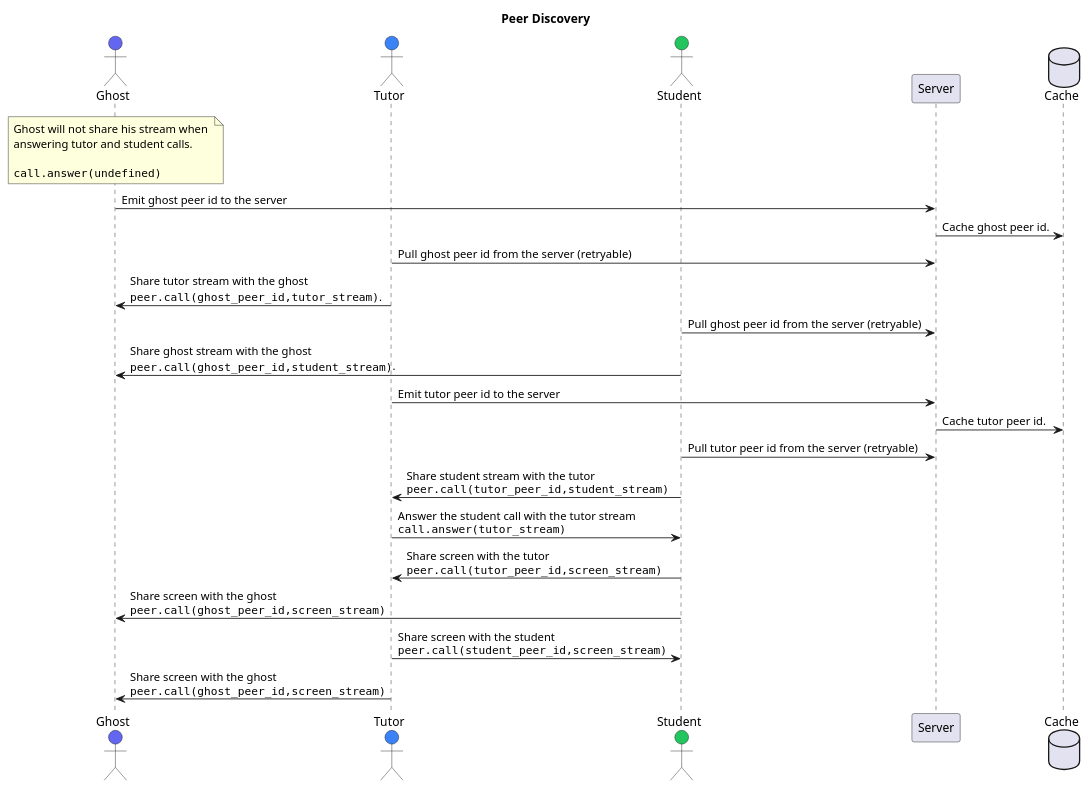
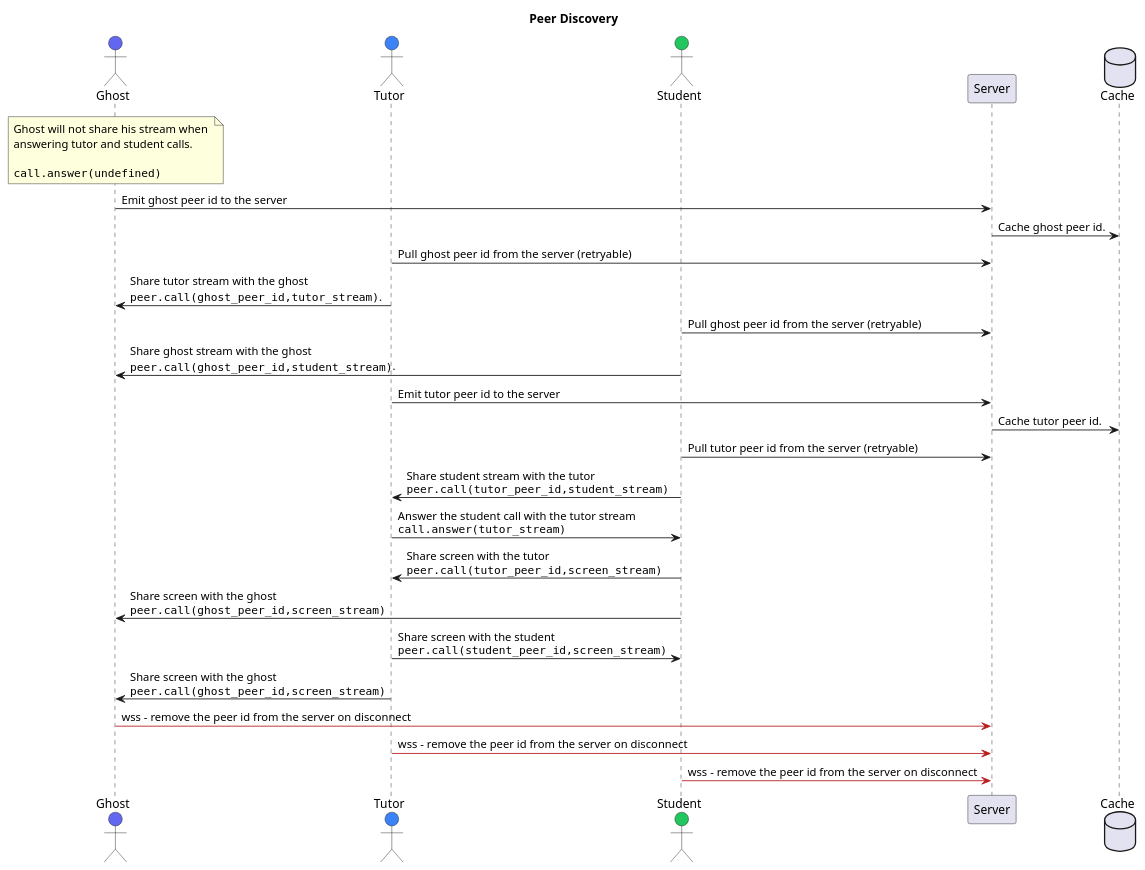
One commit to litespace-org/litespace changed the diagram in architecture/peer-discovery.plantuml. Above: the diagram before and after it, drawn with PlantUML. The commit also changed 4 other files, not shown here.

Commit message:
feat(ui): handle calls between peers (tutor, student, ghost)

```diff
--- a/architecture/peer-discovery.plantuml
+++ b/architecture/peer-discovery.plantuml
@@ -1,41 +1,46 @@
 @startuml Peer Discovery
 
 title Peer Discovery
 
 actor Ghost as ghost #6366f1
 actor Tutor as tutor #3b82f6
 actor Student as student #22c55e
 participant Server as server
 database Cache as cache 
 
 note over ghost
 Ghost will not share his stream when 
 answering tutor and student calls.
 
 <code>
 call.answer(undefined)
 </code>
 end note
 
 ghost -> server: Emit ghost peer id to the server
 server -> cache: Cache ghost peer id.
 
 tutor -> server: Pull ghost peer id from the server (retryable)
 tutor -> ghost: Share tutor stream with the ghost\n""peer.call(ghost_peer_id,tutor_stream)"".
 
 student -> server: Pull ghost peer id from the server (retryable)
 student -> ghost: Share ghost stream with the ghost\n""peer.call(ghost_peer_id,student_stream)"".
 
 tutor -> server: Emit tutor peer id to the server
 server -> cache: Cache tutor peer id.
 
 student -> server: Pull tutor peer id from the server (retryable)
 student -> tutor: Share student stream with the tutor\n""peer.call(tutor_peer_id,student_stream)""
 tutor -> student: Answer the student call with the tutor stream\n""call.answer(tutor_stream)""
 
 student -> tutor: Share screen with the tutor\n""peer.call(tutor_peer_id,screen_stream)""
 student -> ghost: Share screen with the ghost\n""peer.call(ghost_peer_id,screen_stream)""
 
 tutor -> student: Share screen with the student\n""peer.call(student_peer_id,screen_stream)""
 tutor -> ghost: Share screen with the ghost\n""peer.call(ghost_peer_id,screen_stream)""
+
+
+ghost -[#b91c1c]> server: wss - remove the peer id from the server on disconnect
+tutor -[#b91c1c]> server: wss - remove the peer id from the server on disconnect
+student -[#b91c1c]> server: wss - remove the peer id from the server on disconnect
 @enduml
```
